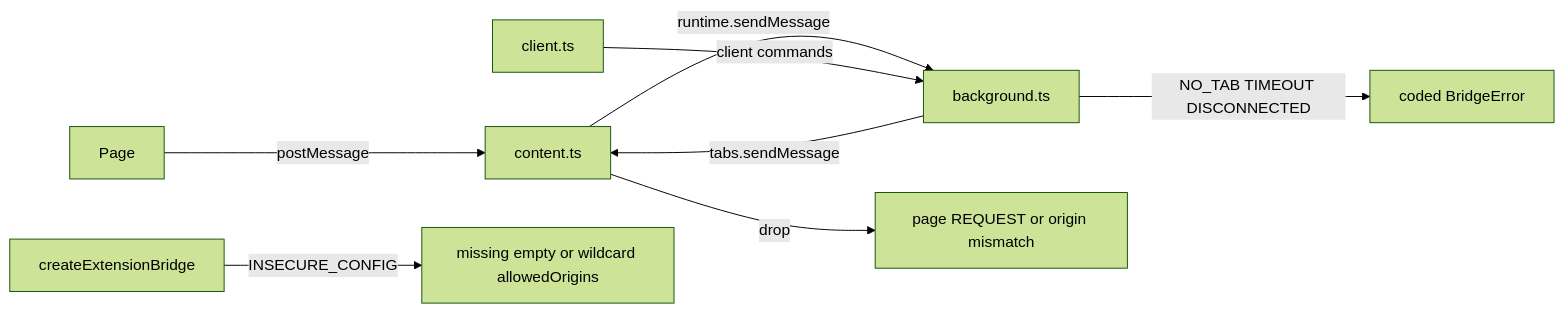
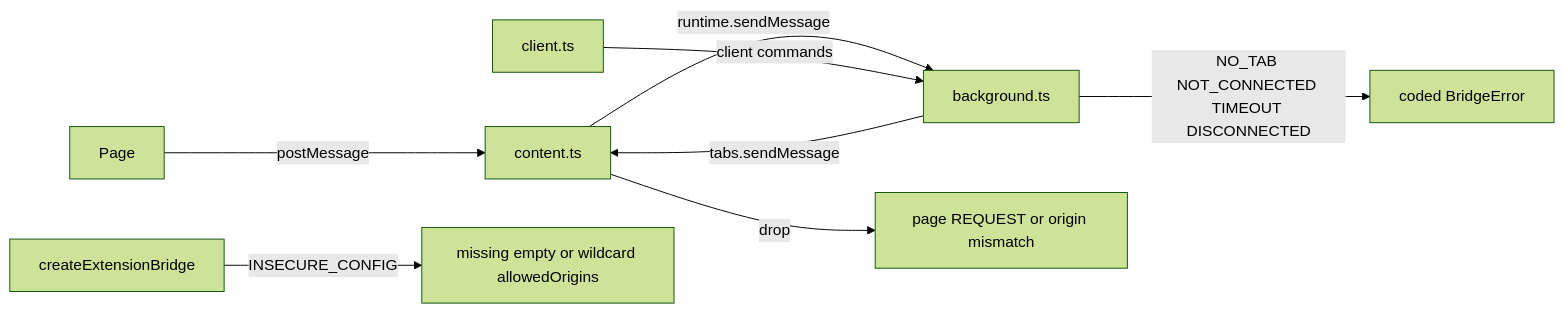
One commit to webex/webex-js-sdk changed the first of 3 diagrams in packages/@webex/web-extension-bridge/src/extension/docs/README.md. Above: the diagram before and after it, drawn with Mermaid (forest theme). The commit also changed 2 other files, not shown here.

Commit message:
docs(web-extension-bridge): correct Stage 0 hop errors and outbound validation (SPARK-853132)

````diff
--- a/packages/@webex/web-extension-bridge/src/extension/docs/README.md
+++ b/packages/@webex/web-extension-bridge/src/extension/docs/README.md
@@ -142,10 +142,10 @@
 ```mermaid
 flowchart LR
   Page[Page] -->|postMessage| Relay[content.ts]
   Relay -->|runtime.sendMessage| Worker[background.ts]
   UI[client.ts] -->|client commands| Worker
   Worker -->|tabs.sendMessage| Relay
   Ctor[createExtensionBridge] -->|INSECURE_CONFIG| CfgFail[missing empty or wildcard allowedOrigins]
-  Worker -->|NO_TAB TIMEOUT DISCONNECTED| Err[coded BridgeError]
+  Worker -->|NO_TAB NOT_CONNECTED TIMEOUT DISCONNECTED| Err[coded BridgeError]
   Relay -->|drop| Drop[page REQUEST or origin mismatch]
 ```
````
